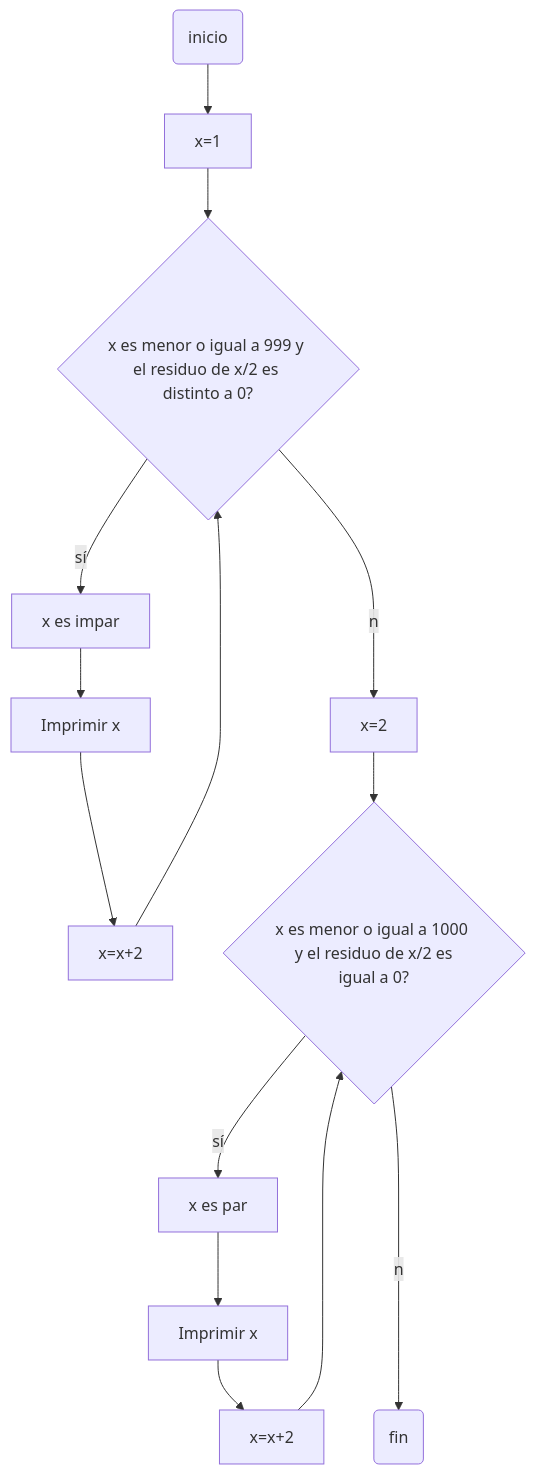
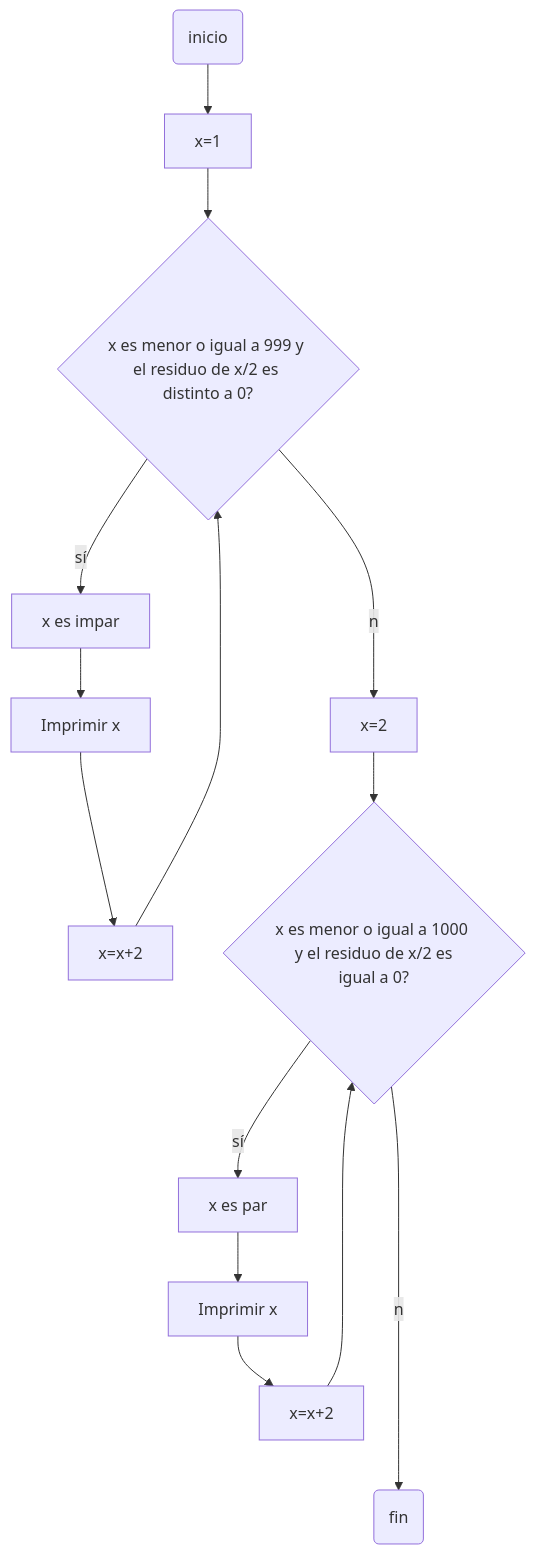
Before and after one commit to pjimenezq/while: the second of 2 diagrams in README.md, drawn with Mermaid. The commit also changed other lines of this file, not shown here.

````diff
--- a/README.md
+++ b/README.md
@@ -27,16 +27,16 @@
 ```mermaid
 flowchart TD
 A(inicio)-->B[x=1]
 B-->C{x es menor o igual a 999 y el residuo de x/2 es distinto a 0?}
 C--sí-->D[x es impar]
 D-->E[Imprimir x]
 E-->F[x=x+2]
 F-->C
 C--no-->G[x=2]
 G-->H{x es menor o igual a 1000  y el residuo de x/2 es igual a 0?}
 H--sí-->I[x es par]
 I-->K[Imprimir x]
 K-->L[x=x+2]
 L-->H
-H--no--->M(fin)
+H--no---->M(fin)
 ```
````
